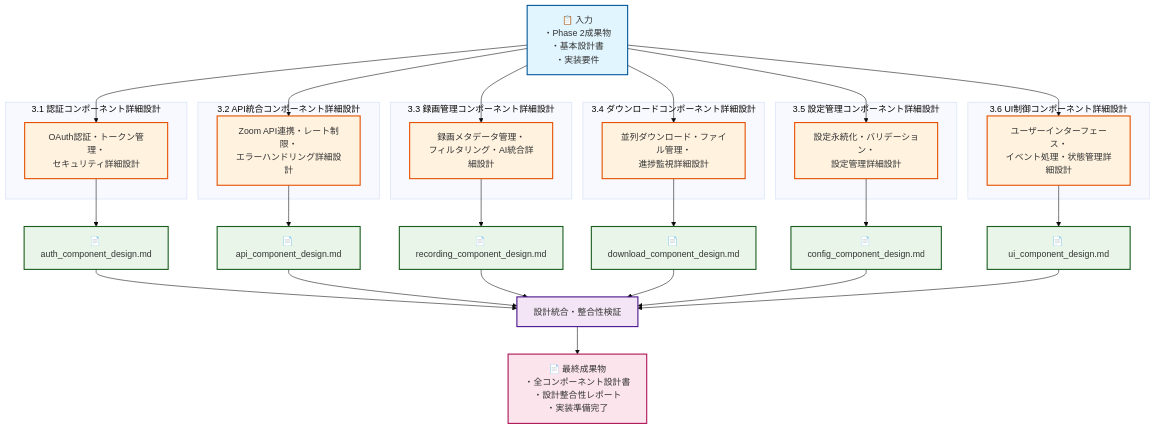
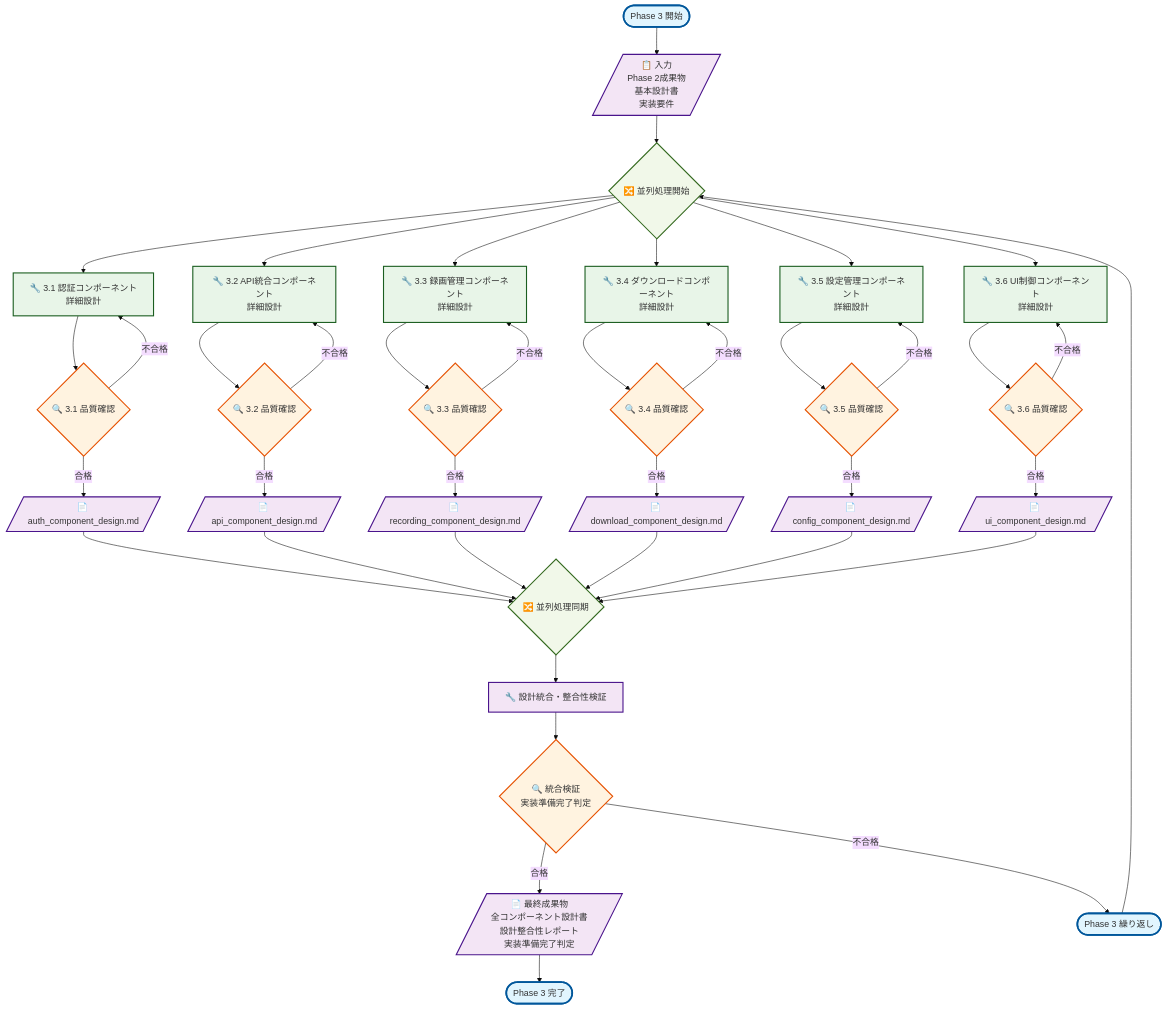
The fourth of 7 diagrams in docs/design/design_process_flow_diagram.md (toshimana/zoom_video_mover), drawn with Mermaid (base theme) before and after one commit. The commit also changed other lines of this file and 1 other file, not shown here.

````diff
--- a/docs/design/design_process_flow_diagram.md
+++ b/docs/design/design_process_flow_diagram.md
@@ -239,79 +255,110 @@
 ```mermaid
-graph TD
-    %% 入力
-    INPUT_P3[📋 入力<br/>・Phase 2成果物<br/>・基本設計書<br/>・実装要件]
+flowchart TD
+    %% 開始・入力
+    START_P3([Phase 3 開始])
+    INPUT_P3[/📋 入力<br/>Phase 2成果物<br/>基本設計書<br/>実装要件/]
     
     %% 並列コンポーネント設計
-    subgraph "3.1 認証コンポーネント詳細設計"
-        P3_1_ACT[OAuth認証・トークン管理・<br/>セキュリティ詳細設計]
-    end
+    PARALLEL_START{🔀 並列処理開始}
     
-    subgraph "3.2 API統合コンポーネント詳細設計"
-        P3_2_ACT[Zoom API連携・レート制限・<br/>エラーハンドリング詳細設計]
-    end
+    P3_1_PROCESS[🔧 3.1 認証コンポーネント<br/>詳細設計]
+    P3_2_PROCESS[🔧 3.2 API統合コンポーネント<br/>詳細設計]
+    P3_3_PROCESS[🔧 3.3 録画管理コンポーネント<br/>詳細設計]
+    P3_4_PROCESS[🔧 3.4 ダウンロードコンポーネント<br/>詳細設計]
+    P3_5_PROCESS[🔧 3.5 設定管理コンポーネント<br/>詳細設計]
+    P3_6_PROCESS[🔧 3.6 UI制御コンポーネント<br/>詳細設計]
     
-    subgraph "3.3 録画管理コンポーネント詳細設計"
-        P3_3_ACT[録画メタデータ管理・<br/>フィルタリング・AI統合詳細設計]
-    end
-    
-    subgraph "3.4 ダウンロードコンポーネント詳細設計"
-        P3_4_ACT[並列ダウンロード・ファイル管理・<br/>進捗監視詳細設計]
-    end
-    
-    subgraph "3.5 設定管理コンポーネント詳細設計"
-        P3_5_ACT[設定永続化・バリデーション・<br/>設定管理詳細設計]
-    end
-    
-    subgraph "3.6 UI制御コンポーネント詳細設計"
-        P3_6_ACT[ユーザーインターフェース・<br/>イベント処理・状態管理詳細設計]
-    end
+    %% 個別品質チェック
+    P3_1_CHECK{🔍 3.1 品質確認}
+    P3_2_CHECK{🔍 3.2 品質確認}
+    P3_3_CHECK{🔍 3.3 品質確認}
+    P3_4_CHECK{🔍 3.4 品質確認}
+    P3_5_CHECK{🔍 3.5 品質確認}
+    P3_6_CHECK{🔍 3.6 品質確認}
     
     %% 成果物
-    P3_1_OUT[📄 auth_component_design.md]
-    P3_2_OUT[📄 api_component_design.md]
-    P3_3_OUT[📄 recording_component_design.md]
-    P3_4_OUT[📄 download_component_design.md]
-    P3_5_OUT[📄 config_component_design.md]
-    P3_6_OUT[📄 ui_component_design.md]
+    P3_1_OUTPUT[/📄 auth_component_design.md/]
+    P3_2_OUTPUT[/📄 api_component_design.md/]
+    P3_3_OUTPUT[/📄 recording_component_design.md/]
+    P3_4_OUTPUT[/📄 download_component_design.md/]
+    P3_5_OUTPUT[/📄 config_component_design.md/]
+    P3_6_OUTPUT[/📄 ui_component_design.md/]
     
     %% 統合・検証
-    INTEGRATION[設計統合・整合性検証]
-    FINAL_OUT[📄 最終成果物<br/>・全コンポーネント設計書<br/>・設計整合性レポート<br/>・実装準備完了]
+    PARALLEL_SYNC{🔀 並列処理同期}
+    INTEGRATION[🔧 設計統合・整合性検証]
+    INTEGRATION_CHECK{🔍 統合検証<br/>実装準備完了判定}
+    
+    %% 最終成果物
+    FINAL_OUTPUT[/📄 最終成果物<br/>全コンポーネント設計書<br/>設計整合性レポート<br/>実装準備完了判定/]
+    
+    %% 終了
+    P3_END([Phase 3 完了])
+    P3_REWORK([Phase 3 繰り返し])
     
     %% 流れ
-    INPUT_P3 --> P3_1_ACT
-    INPUT_P3 --> P3_2_ACT
-    INPUT_P3 --> P3_3_ACT
-    INPUT_P3 --> P3_4_ACT
-    INPUT_P3 --> P3_5_ACT
-    INPUT_P3 --> P3_6_ACT
+    START_P3 --> INPUT_P3
+    INPUT_P3 --> PARALLEL_START
     
-    P3_1_ACT --> P3_1_OUT
-    P3_2_ACT --> P3_2_OUT
-    P3_3_ACT --> P3_3_OUT
-    P3_4_ACT --> P3_4_OUT
-    P3_5_ACT --> P3_5_OUT
-    P3_6_ACT --> P3_6_OUT
+    %% 並列処理開始
+    PARALLEL_START --> P3_1_PROCESS
+    PARALLEL_START --> P3_2_PROCESS
+    PARALLEL_START --> P3_3_PROCESS
+    PARALLEL_START --> P3_4_PROCESS
+    PARALLEL_START --> P3_5_PROCESS
+    PARALLEL_START --> P3_6_PROCESS
     
-    P3_1_OUT --> INTEGRATION
-    P3_2_OUT --> INTEGRATION
-    P3_3_OUT --> INTEGRATION
-    P3_4_OUT --> INTEGRATION
-    P3_5_OUT --> INTEGRATION
-    P3_6_OUT --> INTEGRATION
+    %% 個別検証
+    P3_1_PROCESS --> P3_1_CHECK
+    P3_2_PROCESS --> P3_2_CHECK
+    P3_3_PROCESS --> P3_3_CHECK
+    P3_4_PROCESS --> P3_4_CHECK
+    P3_5_PROCESS --> P3_5_CHECK
+    P3_6_PROCESS --> P3_6_CHECK
     
-    INTEGRATION --> FINAL_OUT
+    %% 成果物出力
+    P3_1_CHECK -->|合格| P3_1_OUTPUT
+    P3_1_CHECK -->|不合格| P3_1_PROCESS
+    P3_2_CHECK -->|合格| P3_2_OUTPUT
+    P3_2_CHECK -->|不合格| P3_2_PROCESS
+    P3_3_CHECK -->|合格| P3_3_OUTPUT
+    P3_3_CHECK -->|不合格| P3_3_PROCESS
+    P3_4_CHECK -->|合格| P3_4_OUTPUT
+    P3_4_CHECK -->|不合格| P3_4_PROCESS
+    P3_5_CHECK -->|合格| P3_5_OUTPUT
+    P3_5_CHECK -->|不合格| P3_5_PROCESS
+    P3_6_CHECK -->|合格| P3_6_OUTPUT
+    P3_6_CHECK -->|不合格| P3_6_PROCESS
     
-    %% スタイル
-    classDef inputClass fill:#e1f5fe,stroke:#01579b,stroke-width:2px
-    classDef outputClass fill:#e8f5e8,stroke:#1b5e20,stroke-width:2px
-    classDef activityClass fill:#fff3e0,stroke:#e65100,stroke-width:2px
-    classDef integrationClass fill:#f3e5f5,stroke:#4a148c,stroke-width:2px
-    classDef finalClass fill:#fce4ec,stroke:#ad1457,stroke-width:2px
+    %% 並列処理同期
+    P3_1_OUTPUT --> PARALLEL_SYNC
+    P3_2_OUTPUT --> PARALLEL_SYNC
+    P3_3_OUTPUT --> PARALLEL_SYNC
+    P3_4_OUTPUT --> PARALLEL_SYNC
+    P3_5_OUTPUT --> PARALLEL_SYNC
+    P3_6_OUTPUT --> PARALLEL_SYNC
     
-    class INPUT_P3 inputClass
-    class P3_1_OUT,P3_2_OUT,P3_3_OUT,P3_4_OUT,P3_5_OUT,P3_6_OUT outputClass
-    class P3_1_ACT,P3_2_ACT,P3_3_ACT,P3_4_ACT,P3_5_ACT,P3_6_ACT activityClass
-    class INTEGRATION integrationClass
-    class FINAL_OUT finalClass
+    %% 統合・最終検証
+    PARALLEL_SYNC --> INTEGRATION
+    INTEGRATION --> INTEGRATION_CHECK
+    INTEGRATION_CHECK -->|合格| FINAL_OUTPUT
+    INTEGRATION_CHECK -->|不合格| P3_REWORK
+    FINAL_OUTPUT --> P3_END
+    P3_REWORK --> PARALLEL_START
+    
+    %% スタイル定義
+    classDef startEnd fill:#e1f5fe,stroke:#01579b,stroke-width:3px
+    classDef input fill:#f3e5f5,stroke:#4a148c,stroke-width:2px
+    classDef process fill:#e8f5e8,stroke:#1b5e20,stroke-width:2px
+    classDef decision fill:#fff3e0,stroke:#e65100,stroke-width:2px
+    classDef output fill:#fce4ec,stroke:#ad1457,stroke-width:2px
+    classDef parallel fill:#f1f8e9,stroke:#33691e,stroke-width:2px
+    classDef integration fill:#f3e5f5,stroke:#4a148c,stroke-width:2px
+    
+    class START_P3,P3_END,P3_REWORK startEnd
+    class INPUT_P3,P3_1_OUTPUT,P3_2_OUTPUT,P3_3_OUTPUT,P3_4_OUTPUT,P3_5_OUTPUT,P3_6_OUTPUT,FINAL_OUTPUT input
+    class P3_1_PROCESS,P3_2_PROCESS,P3_3_PROCESS,P3_4_PROCESS,P3_5_PROCESS,P3_6_PROCESS process
+    class P3_1_CHECK,P3_2_CHECK,P3_3_CHECK,P3_4_CHECK,P3_5_CHECK,P3_6_CHECK,INTEGRATION_CHECK decision
+    class PARALLEL_START,PARALLEL_SYNC parallel
+    class INTEGRATION integration
 ```
````
